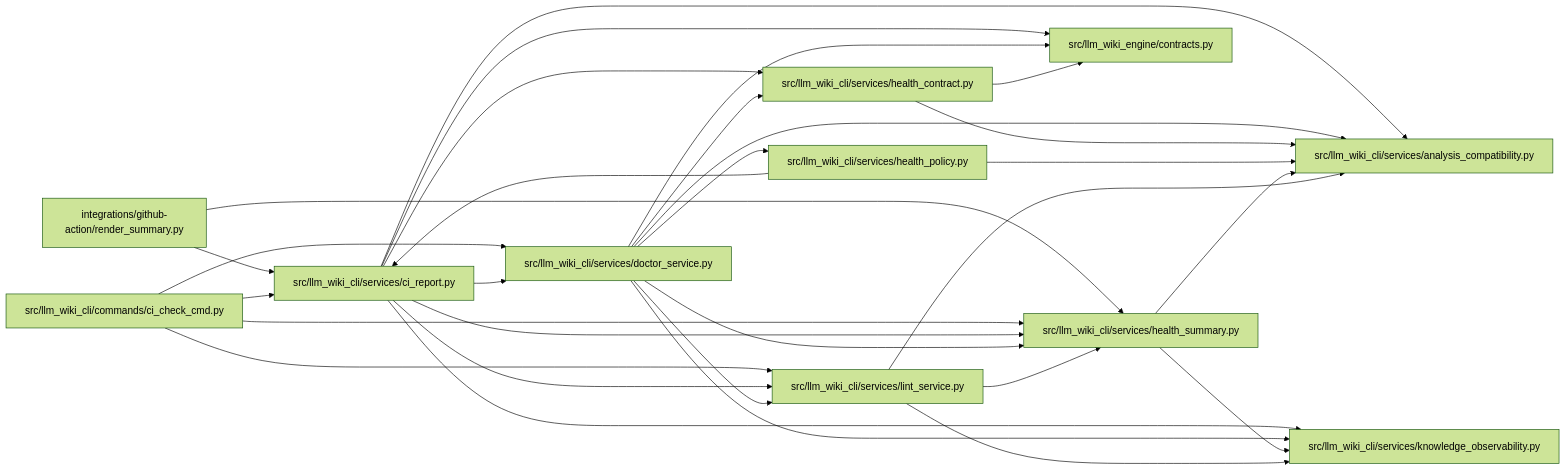
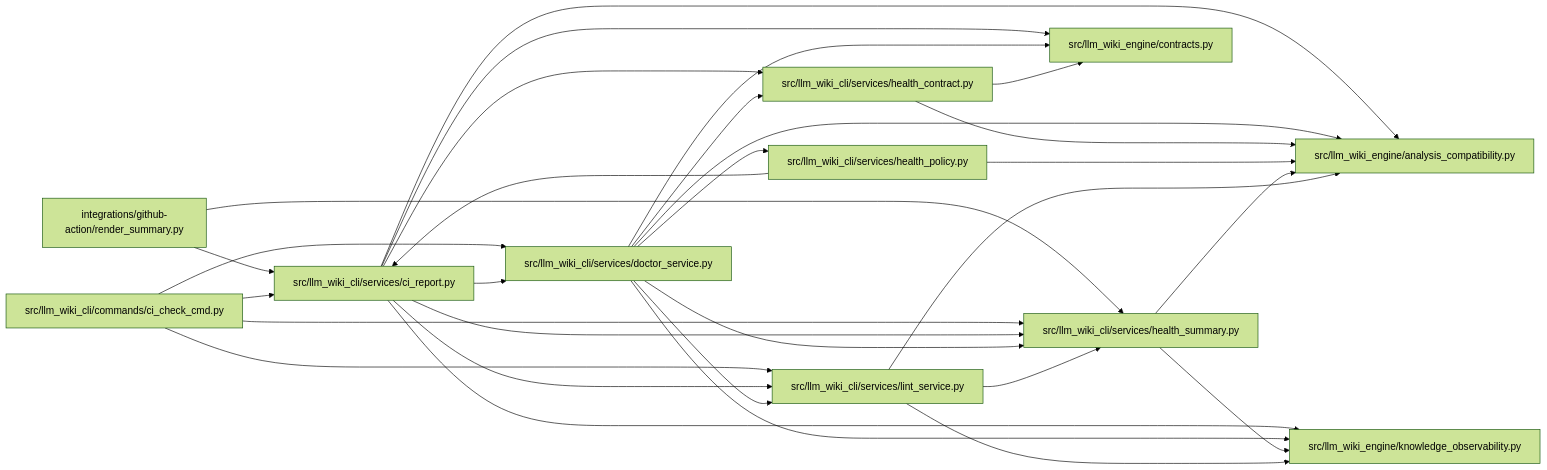
One commit to Denissvgn/python-wiki-llm changed the diagram in docs/llm_wiki/modules/ci_report.md. Above: the diagram before and after it, drawn with Mermaid (forest theme). The commit also changed other lines of this file and 1058 other files, not shown here.

First line of the commit message:
docs: refresh the wiki for the knowledge store move

````diff
--- a/docs/llm_wiki/modules/ci_report.md
+++ b/docs/llm_wiki/modules/ci_report.md
@@ -44,54 +44,54 @@
 ```mermaid
 flowchart LR
     n0["integrations/github-action/render_summary.py"]
     n1["src/llm_wiki_cli/commands/ci_check_cmd.py"]
-    n2["src/llm_wiki_cli/services/analysis_compatibility.py"]
-    n3["src/llm_wiki_cli/services/ci_report.py"]
-    n4["src/llm_wiki_cli/services/doctor_service.py"]
-    n5["src/llm_wiki_cli/services/health_contract.py"]
-    n6["src/llm_wiki_cli/services/health_policy.py"]
-    n7["src/llm_wiki_cli/services/health_summary.py"]
-    n8["src/llm_wiki_cli/services/knowledge_observability.py"]
-    n9["src/llm_wiki_cli/services/lint_service.py"]
-    n10["src/llm_wiki_engine/contracts.py"]
-    n0 --> n3
-    n0 --> n7
+    n2["src/llm_wiki_cli/services/ci_report.py"]
+    n3["src/llm_wiki_cli/services/doctor_service.py"]
+    n4["src/llm_wiki_cli/services/health_contract.py"]
+    n5["src/llm_wiki_cli/services/health_policy.py"]
+    n6["src/llm_wiki_cli/services/health_summary.py"]
+    n7["src/llm_wiki_cli/services/lint_service.py"]
+    n8["src/llm_wiki_engine/analysis_compatibility.py"]
+    n9["src/llm_wiki_engine/contracts.py"]
+    n10["src/llm_wiki_engine/knowledge_observability.py"]
+    n0 --> n2
+    n0 --> n6
+    n1 --> n2
     n1 --> n3
-    n1 --> n4
+    n1 --> n6
     n1 --> n7
-    n1 --> n9
-    n3 --> n2
+    n2 --> n3
+    n2 --> n4
+    n2 --> n6
+    n2 --> n7
+    n2 --> n8
+    n2 --> n9
+    n2 --> n10
     n3 --> n4
     n3 --> n5
+    n3 --> n6
     n3 --> n7
     n3 --> n8
     n3 --> n9
     n3 --> n10
-    n4 --> n2
-    n4 --> n5
-    n4 --> n6
-    n4 --> n7
     n4 --> n8
     n4 --> n9
-    n4 --> n10
     n5 --> n2
-    n5 --> n10
-    n6 --> n2
-    n6 --> n3
-    n7 --> n2
+    n5 --> n8
+    n6 --> n8
+    n6 --> n10
+    n7 --> n6
     n7 --> n8
-    n9 --> n2
-    n9 --> n7
-    n9 --> n8
+    n7 --> n10
     click n0 "../modules/render_summary.md"
     click n1 "../modules/ci_check_cmd.md"
-    click n2 "../modules/analysis_compatibility.md"
-    click n3 "../modules/ci_report.md"
-    click n4 "../modules/doctor_service.md"
-    click n5 "../modules/health_contract.md"
-    click n6 "../modules/health_policy.md"
-    click n7 "../modules/health_summary.md"
-    click n8 "../modules/knowledge_observability.md"
-    click n9 "../modules/lint_service.md"
-    click n10 "../modules/llm_wiki_engine_contracts.md"
+    click n2 "../modules/ci_report.md"
+    click n3 "../modules/doctor_service.md"
+    click n4 "../modules/health_contract.md"
+    click n5 "../modules/health_policy.md"
+    click n6 "../modules/health_summary.md"
+    click n7 "../modules/lint_service.md"
+    click n8 "../modules/analysis_compatibility.md"
+    click n9 "../modules/llm_wiki_engine_contracts.md"
+    click n10 "../modules/knowledge_observability.md"
 ```
````
